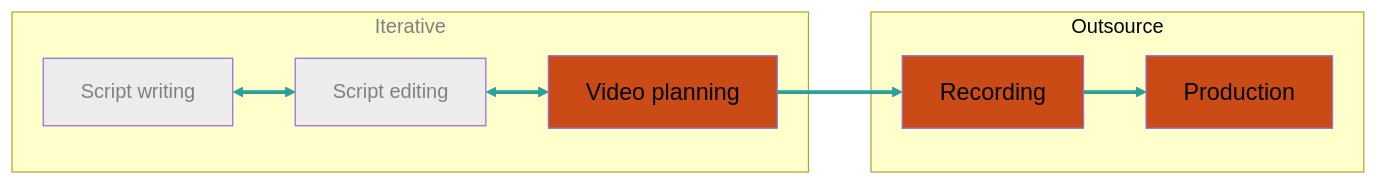
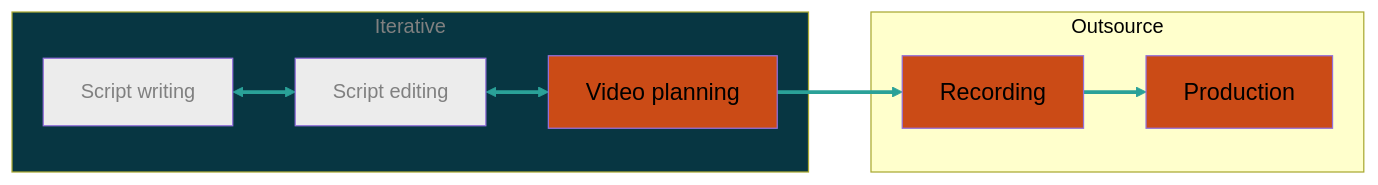
One commit to libjohn/presentation_tl_retreat changed the third of 3 diagrams in frankenstein_monster/version_1.qmd. Above: the diagram before and after it, drawn with Mermaid. The commit also changed other lines of this file and 1 other file, not shown here.

````diff
--- a/frankenstein_monster/version_1.qmd
+++ b/frankenstein_monster/version_1.qmd
@@ -144,22 +144,22 @@
 ```{mermaid}
 %%| fig-width: 20
 flowchart LR
   subgraph box1[Iterative]
   A[Script writing]:::greybox <--> B[Script editing]:::greybox
   B <--> C[Video planning]:::highlight
   end
   subgraph box2[Outsource]
   C --> D[Recording]:::highlight
   D --> E[Production]:::highlight
   end
   style A color:grey
   style B color:grey
   style C color:black
   style D color:black
   style E color:black
-  style box1 fill:#FFFFCC,color:grey
+  style box1 fill:#073642,color:grey
   style box2 fill:#FFFFCC,color:black
   linkStyle default stroke-width:3px,stroke:#2aa198
   classDef highlight fill:#cb4b16,font-size:14pt
   classDef greybox fill:#ECECEC
 ```
````
